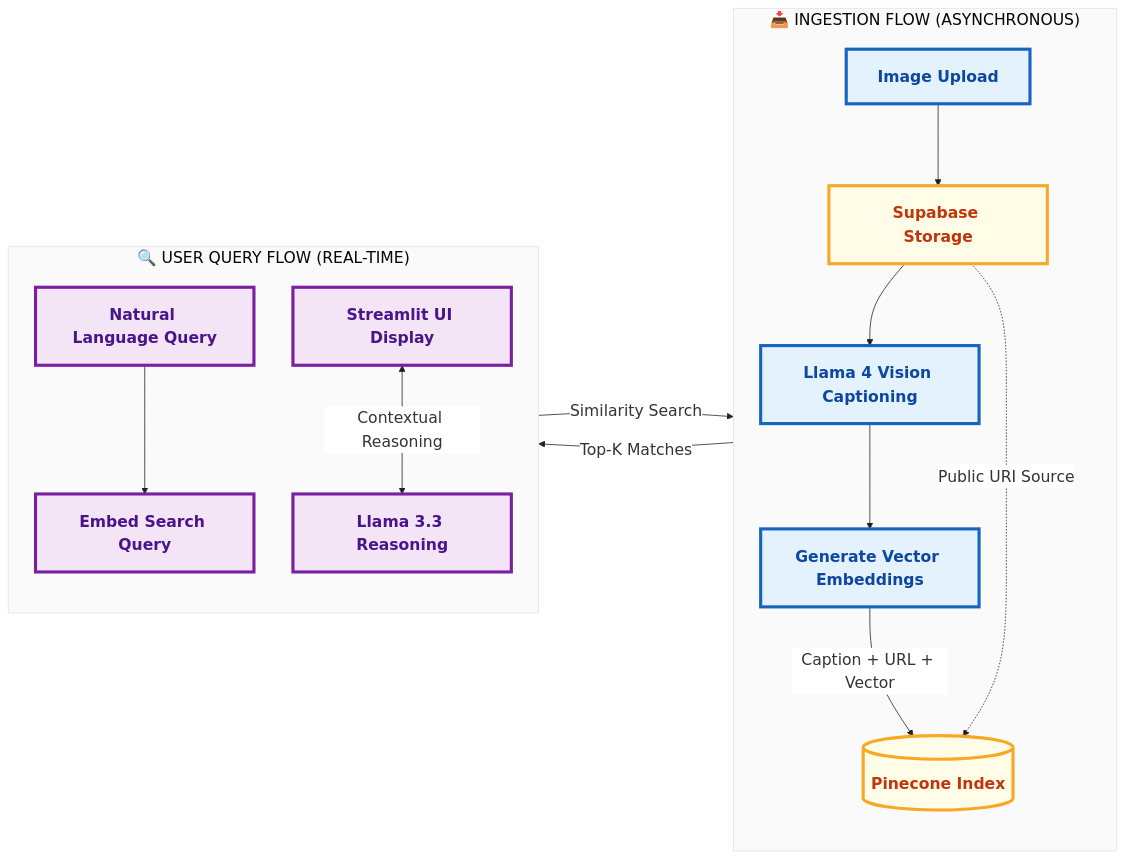
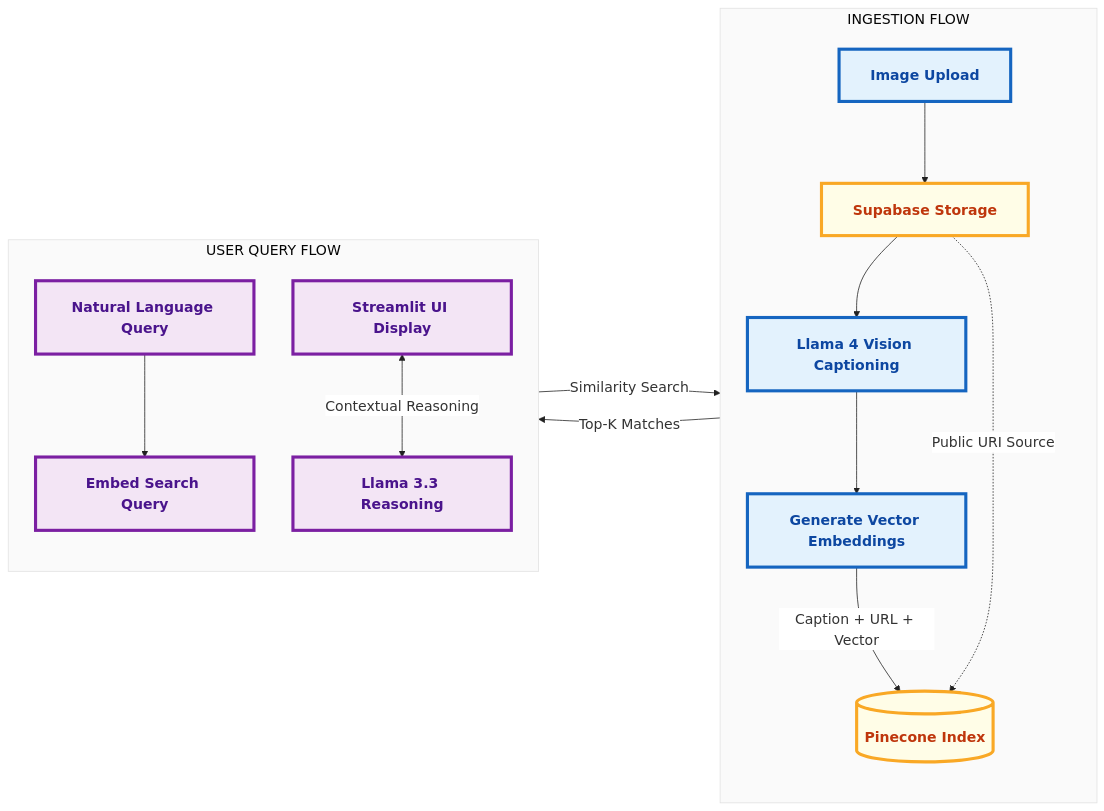
The diagram in README.md (bkqz/digital-asset-manager), drawn with Mermaid before and after one commit.

Commit message:
update architecture diagram v2

````diff
--- a/README.md
+++ b/README.md
@@ -23,48 +23,48 @@
 ```mermaid
 %%{init: { 
   'theme': 'base',
   'themeVariables': {
-    'fontSize': '20px',
+    'fontSize': '18px',
     'fontFamily': 'inter, sans-serif',
     'primaryColor': '#ffffff',
     'primaryBorderColor': '#1A237E',
     'lineColor': '#212121',
     'tertiaryColor': '#FAFAFA'
   },
   'flowchart': {
     'nodeSpacing': 50,
     'rankSpacing': 80,
     'padding': 20
   }
 }}%%
 
 flowchart LR
     %% High-Contrast Class Definitions
     classDef ingestion fill:#E3F2FD,stroke:#1565C0,stroke-width:4px,color:#0D47A1,font-weight:800;
     classDef storage fill:#FFFDE7,stroke:#F9A825,stroke-width:4px,color:#BF360C,font-weight:800;
     classDef query fill:#F3E5F5,stroke:#7B1FA2,stroke-width:4px,color:#4A148C,font-weight:800;
 
-    subgraph INGESTION ["📥 INGESTION FLOW (ASYNCHRONOUS)"]
+    subgraph INGESTION ["INGESTION FLOW"]
         direction TB
         IMG_UPLOAD[Image Upload] --> SUPA_STORE[Supabase Storage]
         SUPA_STORE --> LLAMA_VISION[Llama 4 Vision Captioning]
         LLAMA_VISION --> EMBED_GEN[Generate Vector Embeddings]
         EMBED_GEN -- "Caption + URL + Vector" --> PINECONE[(Pinecone Index)]
     end
 
-    subgraph QUERY ["🔍 USER QUERY FLOW (REAL-TIME)"]
+    subgraph QUERY ["USER QUERY FLOW"]
         direction TB
         USER_INPUT[Natural Language Query] --> QUERY_EMBED[Embed Search Query]
         QUERY_EMBED -- Similarity Search --> PINECONE
         PINECONE -- "Top-K Matches" --> STREAMLIT_UI[Streamlit UI Display]
         STREAMLIT_UI <-- "Contextual Reasoning" --> LLAMA_REASON[Llama 3.3 Reasoning]
     end
 
     %% Interaction Link
     SUPA_STORE -. "Public URI Source" .-> PINECONE
     
     %% Applying Accessible Classes
     class IMG_UPLOAD,LLAMA_VISION,EMBED_GEN ingestion;
     class PINECONE,SUPA_STORE storage;
     class USER_INPUT,QUERY_EMBED,STREAMLIT_UI,LLAMA_REASON query;
 ```
````
